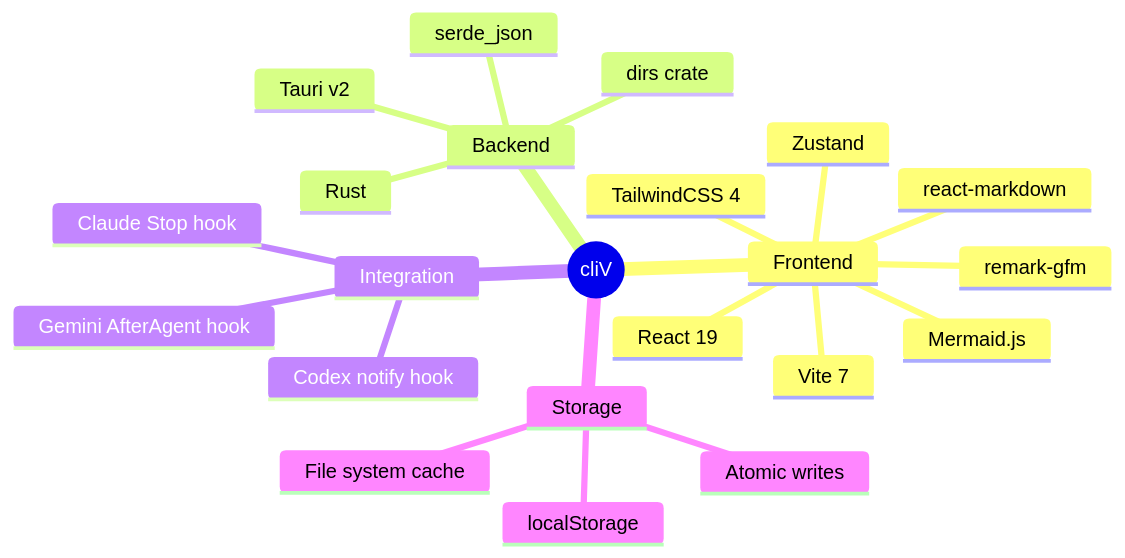
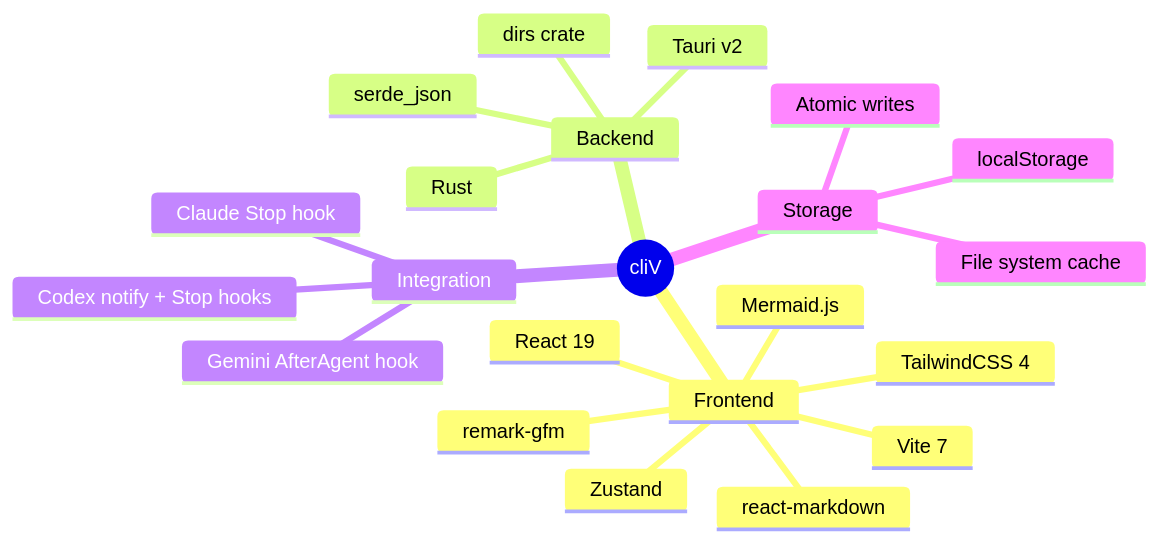
Before and after one commit to BobDLA/cliv: diagram 22 of 22 in docs/demo/demo.md, drawn with Mermaid. The commit also changed other lines of this file and 22 other files, not shown here.

````diff
--- a/docs/demo/demo.md
+++ b/docs/demo/demo.md
@@ -1278,26 +1302,26 @@
 ```mermaid
 mindmap
   root((cliV))
     Frontend
       React 19
       Vite 7
       Zustand
       TailwindCSS 4
       react-markdown
       remark-gfm
       Mermaid.js
     Backend
       Tauri v2
       Rust
       serde_json
       dirs crate
     Integration
-      Codex notify hook
+      Codex notify + Stop hooks
       Claude Stop hook
       Gemini AfterAgent hook
     Storage
       File system cache
       localStorage
       Atomic writes
 
 ```
````
